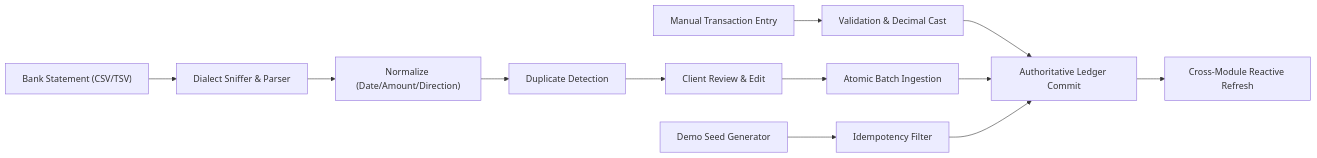
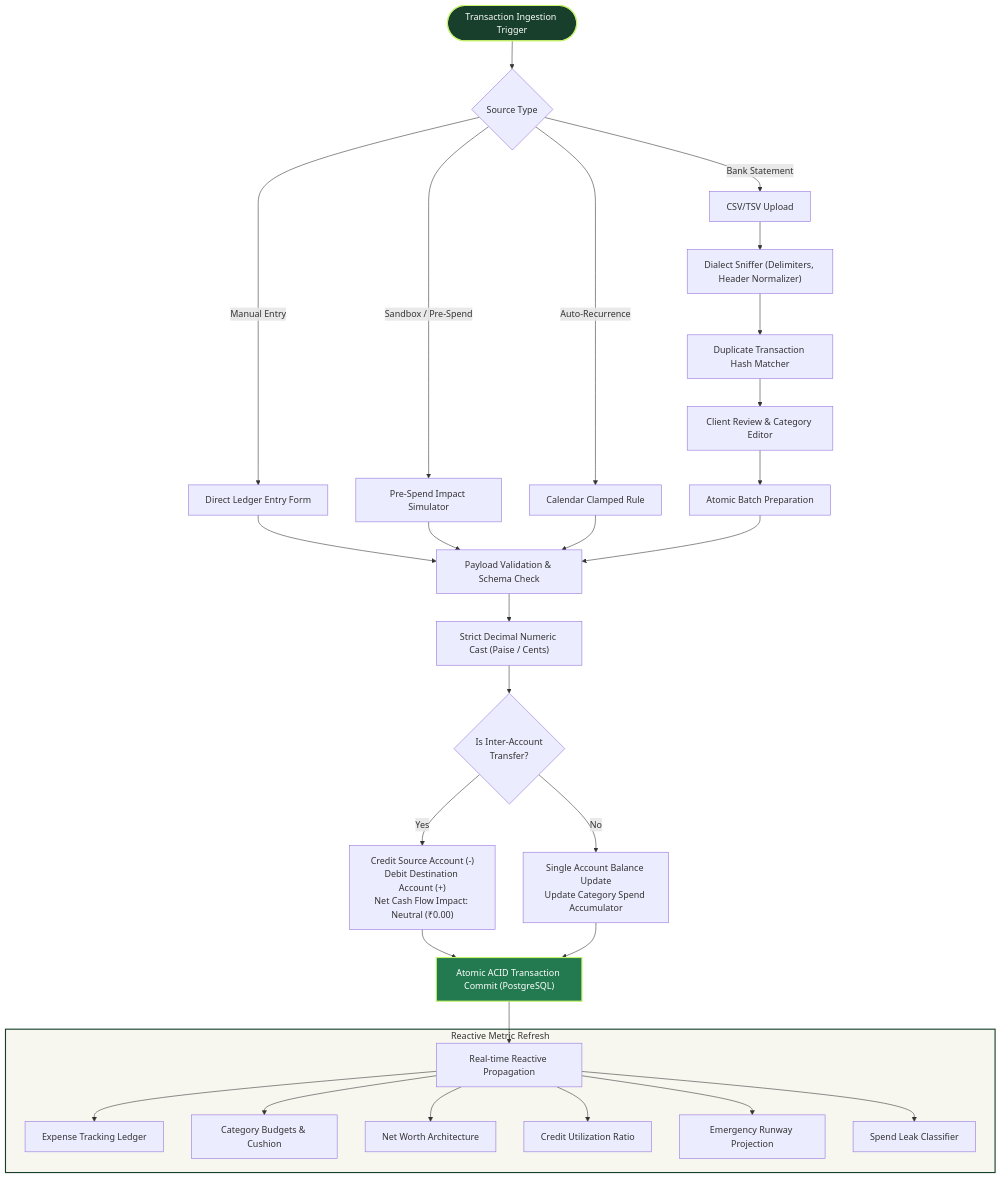
The second of 4 diagrams in README.md (nikhillakra2007-tech/finroq), drawn with Mermaid before and after one commit. The commit also changed other lines of this file and 5 other files, not shown here.

Commit message:
DOCS: ARCHITECTURAL REDESIGN WITH MERMAID FLOWCHARTS, PRODUCTION VERCEL TELEMETRY EXHIBITS, AND 12-MODULE DATA PIPELINE SPECIFICATIONS

````diff
--- a/README.md
+++ b/README.md
@@ -130,17 +152,43 @@
 ```mermaid
-flowchart LR
-    CSV["Bank Statement (CSV/TSV)"] --> PARSE["Dialect Sniffer & Parser"]
-    MANUAL["Manual Transaction Entry"] --> VALID["Validation & Decimal Cast"]
-    SEED["Demo Seed Generator"] --> IDEMP["Idempotency Filter"]
+flowchart TD
+    START(["Transaction Ingestion Trigger"]) --> SRC{Source Type}
     
-    PARSE --> NORM["Normalize (Date/Amount/Direction)"]
-    NORM --> DEDUP["Duplicate Detection"]
-    DEDUP --> PREVIEW["Client Review & Edit"]
-    PREVIEW --> CONFIRM["Atomic Batch Ingestion"]
+    SRC -- "Bank Statement" --> CSV["CSV/TSV Upload"]
+    SRC -- "Manual Entry" --> MANUAL["Direct Ledger Entry Form"]
+    SRC -- "Sandbox / Pre-Spend" --> SIM["Pre-Spend Impact Simulator"]
+    SRC -- "Auto-Recurrence" --> REC["Calendar Clamped Rule"]
     
-    VALID --> COMMIT["Authoritative Ledger Commit"]
-    CONFIRM --> COMMIT
-    IDEMP --> COMMIT
+    CSV --> SNIFF["Dialect Sniffer (Delimiters, Header Normalizer)"]
+    SNIFF --> DEDUP["Duplicate Transaction Hash Matcher"]
+    DEDUP --> PREVIEW["Client Review & Category Editor"]
+    PREVIEW --> BATCH["Atomic Batch Preparation"]
     
-    COMMIT --> REFRESH["Cross-Module Reactive Refresh"]
+    MANUAL --> VALID["Payload Validation & Schema Check"]
+    SIM --> VALID
+    REC --> VALID
+    BATCH --> VALID
+    
+    VALID --> CAST["Strict Decimal Numeric Cast (Paise / Cents)"]
+    CAST --> IS_TFR{Is Inter-Account\nTransfer?}
+    
+    IS_TFR -- Yes --> TFR_LOGIC["Credit Source Account (-)\nDebit Destination Account (+)\nNet Cash Flow Impact: Neutral (₹0.00)"]
+    IS_TFR -- No --> DIR_LOGIC["Single Account Balance Update\nUpdate Category Spend Accumulator"]
+    
+    TFR_LOGIC --> COMMIT["Atomic ACID Transaction Commit (PostgreSQL)"]
+    DIR_LOGIC --> COMMIT
+    
+    COMMIT --> RECALC["Real-time Reactive Propagation"]
+    
+    subgraph MODULES["Reactive Metric Refresh"]
+        RECALC --> M1["Expense Tracking Ledger"]
+        RECALC --> M2["Category Budgets & Cushion"]
+        RECALC --> M3["Net Worth Architecture"]
+        RECALC --> M4["Credit Utilization Ratio"]
+        RECALC --> M5["Emergency Runway Projection"]
+        RECALC --> M6["Spend Leak Classifier"]
+    end
+
+    style START fill:#173F2B,stroke:#C7F36B,color:#FFFFFF,stroke-width:2px;
+    style COMMIT fill:#247A50,stroke:#C7F36B,color:#FFFFFF,stroke-width:2px;
+    style MODULES fill:#F7F7F0,stroke:#173F2B,stroke-width:2px;
 ```
````
